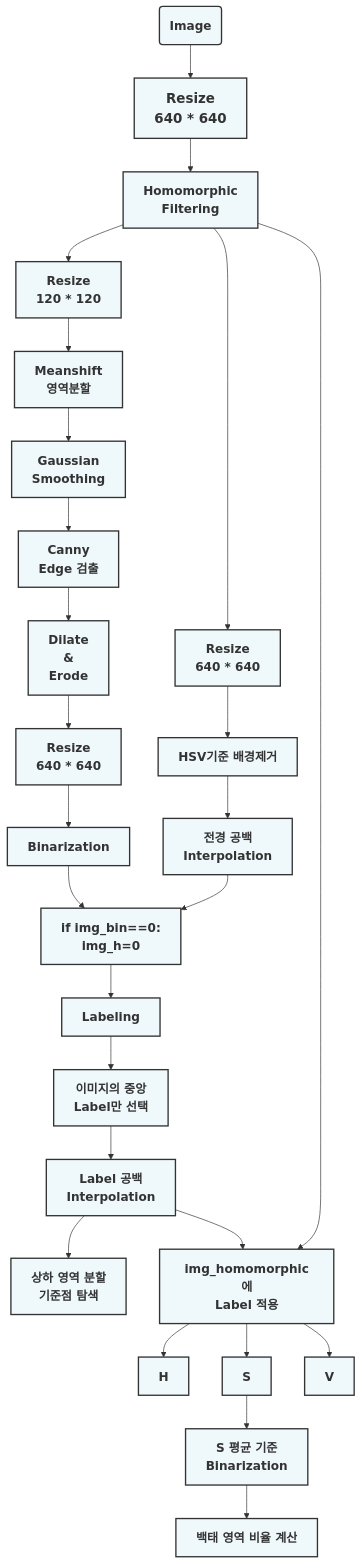
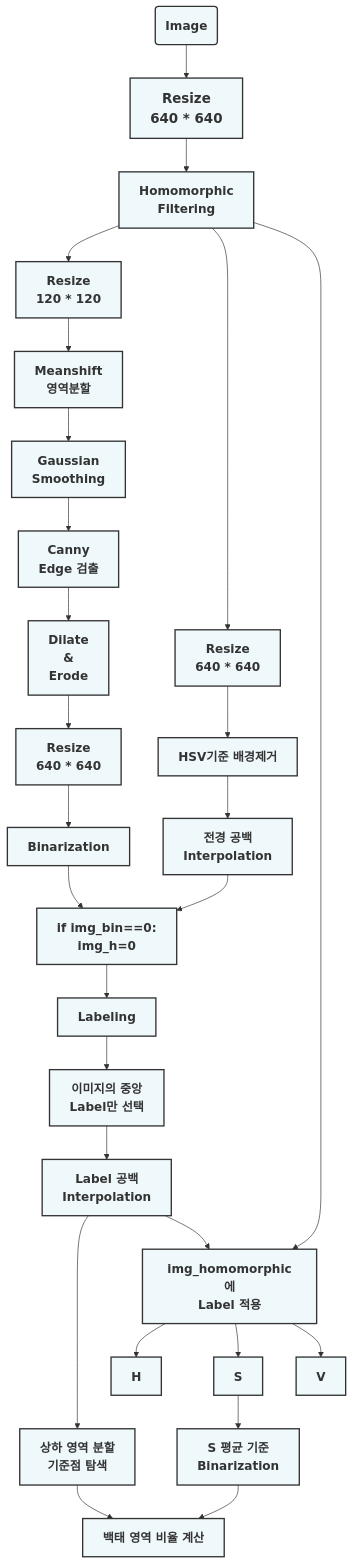
One commit to 201710808/-p changed the second of 2 diagrams in Readme.md. Above: the diagram before and after it, drawn with Mermaid.

````diff
--- a/Readme.md
+++ b/Readme.md
@@ -13,60 +13,61 @@
 ```mermaid
 graph
 A(<b><span style='font-size:18px'>Image</span></b>)-->B[<b><span style='font-size:20px'>Resize<br>640 * 640</span></b>]
 B-->C[<b><span style='font-size:18px'>Homomorphic<br>Filtering</span></b>]
 C-->D1[<b><span style='font-size:18px'>Resize<br>120 * 120</span></b>]
 D1-->E1[<b><span style='font-size:18px'>Meanshift<br>영역분할</span></b>]
 E1-->F1[<b><span style='font-size:18px'>Gaussian<br>Smoothing</span></b>]
 F1-->G[<b><span style='font-size:18px'>Canny<br>Edge 검출</span></b>]
 G-->H[<b><span style='font-size:18px'>Dilate<br>&<br>Erode</span></b>]
 H-->I[<b><span style='font-size:18px'>Resize<br>640 * 640</span></b>]
 I-->J[<b><span style='font-size:18px'>Binarization</span></b>]
 
 C-->D2[<b><span style='font-size:18px'>Resize<br>640 * 640</span></b>]
 D2-->E2[<b><span style='font-size:18px'>HSV기준 배경제거</span></b>]
 E2-->F2[<b><span style='font-size:18px'>전경 공백<br>Interpolation</span></b>]
 
 J-->K
 F2-->K[<b><span style='font-size:18px'>if img_bin==0:<br>img_h=0</span></b>]
 K-->L[<b><span style='font-size:18px'>Labeling</span></b>]
 L-->M[<b><span style='font-size:18px'>이미지의 중앙<br>Label만 선택</span></b>]
 M-->N[<b><span style='font-size:18px'>Label 공백<br>Interpolation</span></b>]
 N-->O1[<b><span style='font-size:18px'>상하 영역 분할<br>기준점 탐색</span></b>]
 
 C-->O2
 N-->O2[<b><span style='font-size:18px'>img_homomorphic에<br>Label 적용</span></b>]
 O2-->P1[<b><span style='font-size:18px'>H</span></b>]
 O2-->P2[<b><span style='font-size:18px'>S</span></b>]
 O2-->P3[<b><span style='font-size:18px'>V</span></b>]
 P2-->Q[<b><span style='font-size:18px'>S 평균 기준<br>Binarization</span></b>]
+O1-->R
 Q-->R[<b><span style='font-size:18px'>백태 영역 비율 계산</span></b>]
 
 
 style A fill:#EFF8FB ,stroke:#333,stroke-width:2px
 style B fill:#EFF8FB ,stroke:#333,stroke-width:2px
 style C fill:#EFF8FB ,stroke:#333,stroke-width:2px
 style D1 fill:#EFF8FB ,stroke:#333,stroke-width:2px
 style E1 fill:#EFF8FB ,stroke:#333,stroke-width:2px
 style F1 fill:#EFF8FB ,stroke:#333,stroke-width:2px
 style G fill:#EFF8FB ,stroke:#333,stroke-width:2px
 style H fill:#EFF8FB ,stroke:#333,stroke-width:2px
 style I fill:#EFF8FB ,stroke:#333,stroke-width:2px
 style J fill:#EFF8FB ,stroke:#333,stroke-width:2px
 
 style D2 fill:#EFF8FB ,stroke:#333,stroke-width:2px
 style E2 fill:#EFF8FB ,stroke:#333,stroke-width:2px
 style F2 fill:#EFF8FB ,stroke:#333,stroke-width:2px
 
 style K fill:#EFF8FB ,stroke:#333,stroke-width:2px
 style L fill:#EFF8FB ,stroke:#333,stroke-width:2px
 style M fill:#EFF8FB ,stroke:#333,stroke-width:2px
 style N fill:#EFF8FB ,stroke:#333,stroke-width:2px
 style O1 fill:#EFF8FB ,stroke:#333,stroke-width:2px
 
 style O2 fill:#EFF8FB ,stroke:#333,stroke-width:2px
 style P1 fill:#EFF8FB ,stroke:#333,stroke-width:2px
 style P2 fill:#EFF8FB ,stroke:#333,stroke-width:2px
 style P3 fill:#EFF8FB ,stroke:#333,stroke-width:2px
 style Q fill:#EFF8FB ,stroke:#333,stroke-width:2px
 style R fill:#EFF8FB ,stroke:#333,stroke-width:2px
 ```
````
